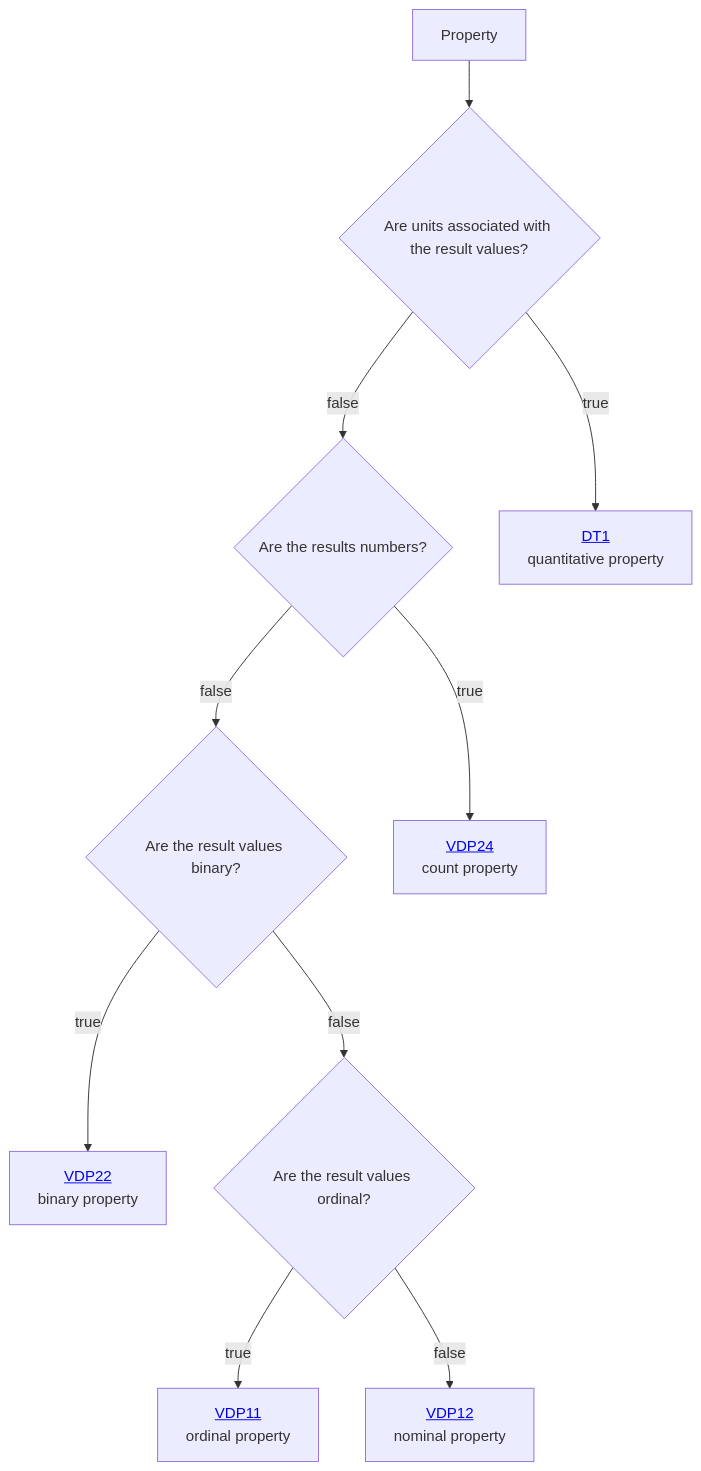
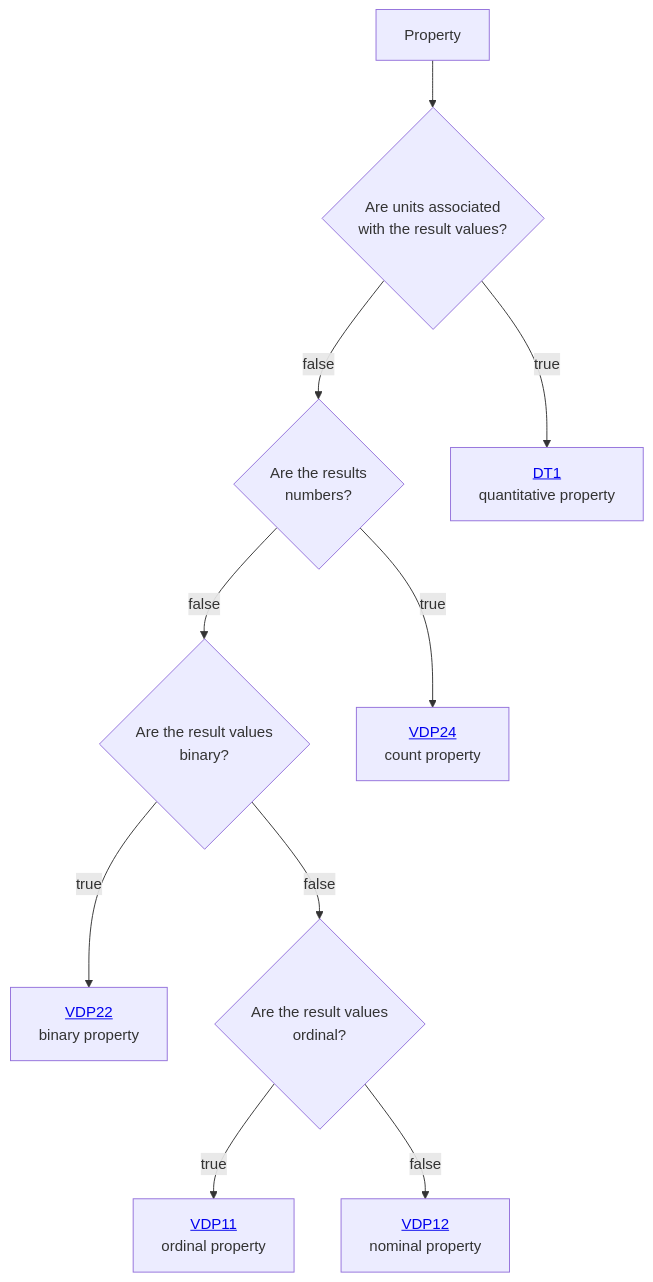
One commit to mabablue/I-ADOPT-patterns-playground changed the diagram in Decisition_trees/DT0.mmd. Above: the diagram before and after it, drawn with Mermaid.

```diff
--- a/Decisition_trees/DT0.mmd
+++ b/Decisition_trees/DT0.mmd
@@ -1,10 +1,10 @@
 flowchart TD
-    A[Property] --> B{Are units associated with the result values?}
-    B --> |false|C{Are the results numbers?}
+    A[Property] --> B{Are units associated <br> with the result values?}
+    B --> |false|C{Are the results <br> numbers?}
     B --> |true|D[<a href='https://github.com/mabablue/I-ADOPT-patterns-playground/blob/main/Decisition_trees/DT1.mmd'>DT1</a><br> quantitative property] 
-    C --> |false|E{Are the result values binary?}
+    C --> |false|E{Are the result values <br> binary?}
     C --> |true|H[<a href='https://github.com/mabablue/I-ADOPT-patterns-playground/blob/main/pattern/VDP24.yaml'>VDP24</a><br> count property] 
     E --> |true|F[<a href='https://github.com/mabablue/I-ADOPT-patterns-playground/blob/main/pattern/VDP22.yaml'>VDP22</a><br> binary property] 
-    E --> |false|I{Are the result values ordinal?}
+    E --> |false|I{Are the result values <br> ordinal?}
     I --> |true|J[<a href='https://github.com/mabablue/I-ADOPT-patterns-playground/blob/main/pattern/VDP11.yaml'>VDP11</a><br> ordinal property] 
     I --> |false|K[<a href='https://github.com/mabablue/I-ADOPT-patterns-playground/blob/main/pattern/VDP12.yaml'>VDP12</a><br> nominal property] 
```
